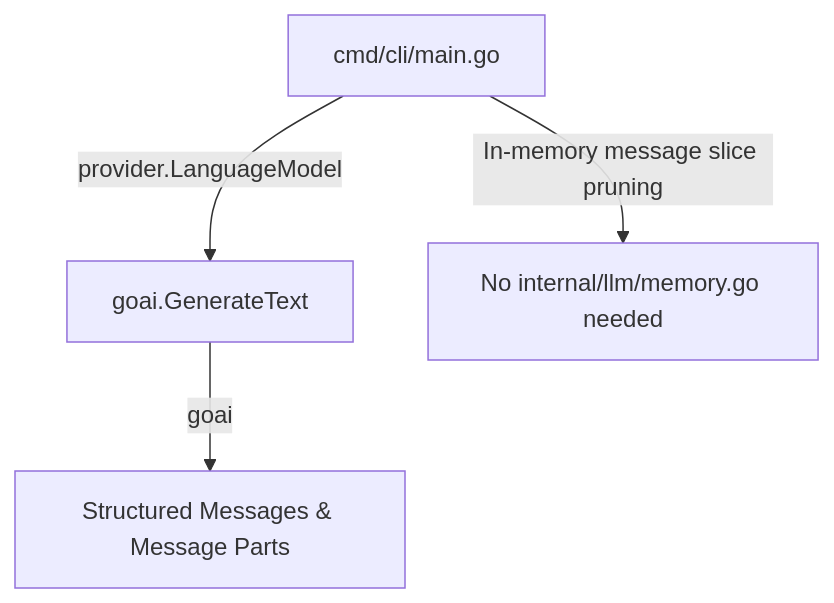
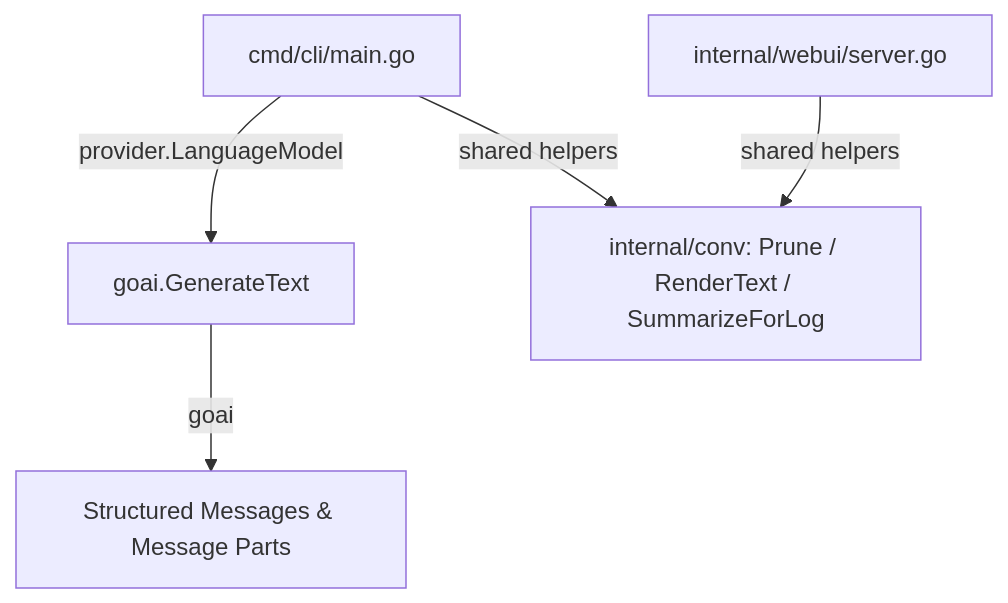
Before and after one commit to mdfranz/elastic-security-mcp: the fourth of 4 diagrams in GO-AGENT-COMP.md, drawn with Mermaid. The commit also changed other lines of this file, not shown here.

````diff
--- a/GO-AGENT-COMP.md
+++ b/GO-AGENT-COMP.md
@@ -44,6 +46,7 @@
 ```mermaid
 graph TD
     A4[cmd/cli/main.go] -->|provider.LanguageModel| B4[goai.GenerateText]
-    A4 -->|In-memory message slice pruning| C4[No internal/llm/memory.go needed]
+    A4 -->|shared helpers| C4[internal/conv: Prune / RenderText / SummarizeForLog]
+    F4[internal/webui/server.go] -->|shared helpers| C4
     B4 -->|goai| E4[Structured Messages & Message Parts]
 ```
````
